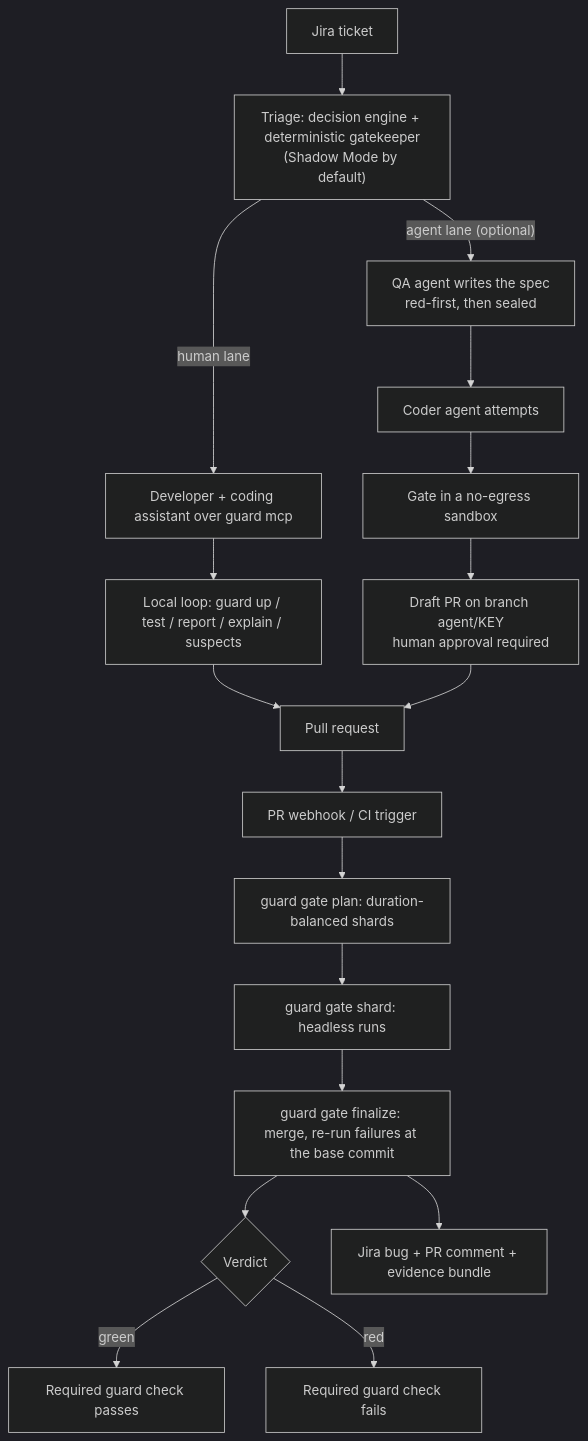
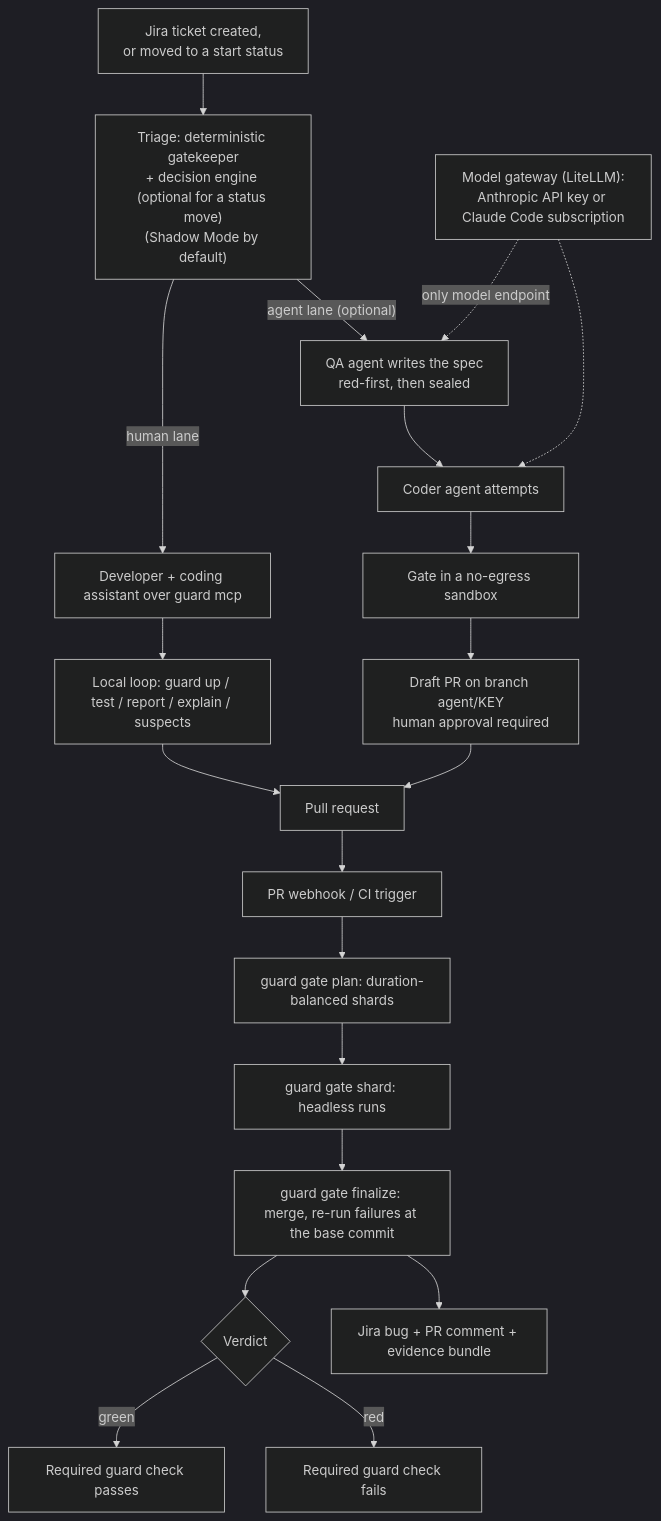
One commit to cbranty/journeygate changed the diagram in README.md. Above: the diagram before and after it, drawn with Mermaid (dark theme). The commit also changed other lines of this file and 6 other files, not shown here.

First line of the commit message:
docs: add an installation guide and describe the Jira-to-agent flow

````diff
--- a/README.md
+++ b/README.md
@@ -25,20 +32,22 @@
 ```mermaid
 flowchart TD
-    J["Jira ticket"] --> T["Triage: decision engine + deterministic gatekeeper<br/>(Shadow Mode by default)"]
+    J["Jira ticket created,<br/>or moved to a start status"] --> T["Triage: deterministic gatekeeper<br/>+ decision engine (optional for a status move)<br/>(Shadow Mode by default)"]
     T -->|"agent lane (optional)"| QA["QA agent writes the spec<br/>red-first, then sealed"]
     QA --> C["Coder agent attempts"]
+    GW["Model gateway (LiteLLM):<br/>Anthropic API key or Claude Code subscription"] -.->|"only model endpoint"| QA
+    GW -.-> C
     C --> G["Gate in a no-egress sandbox"]
     G --> D["Draft PR on branch agent/KEY<br/>human approval required"]
     T -->|"human lane"| H["Developer + coding assistant over guard mcp"]
     H --> L["Local loop: guard up / test / report / explain / suspects"]
     L --> PR["Pull request"]
     D --> PR
     PR --> W["PR webhook / CI trigger"]
     W --> P["guard gate plan: duration-balanced shards"]
     P --> S["guard gate shard: headless runs"]
     S --> F["guard gate finalize: merge, re-run failures at the base commit"]
     F --> V{"Verdict"}
     V -->|"green"| OK["Required guard check passes"]
     V -->|"red"| KO["Required guard check fails"]
     F --> E["Jira bug + PR comment + evidence bundle"]
 ```
````
